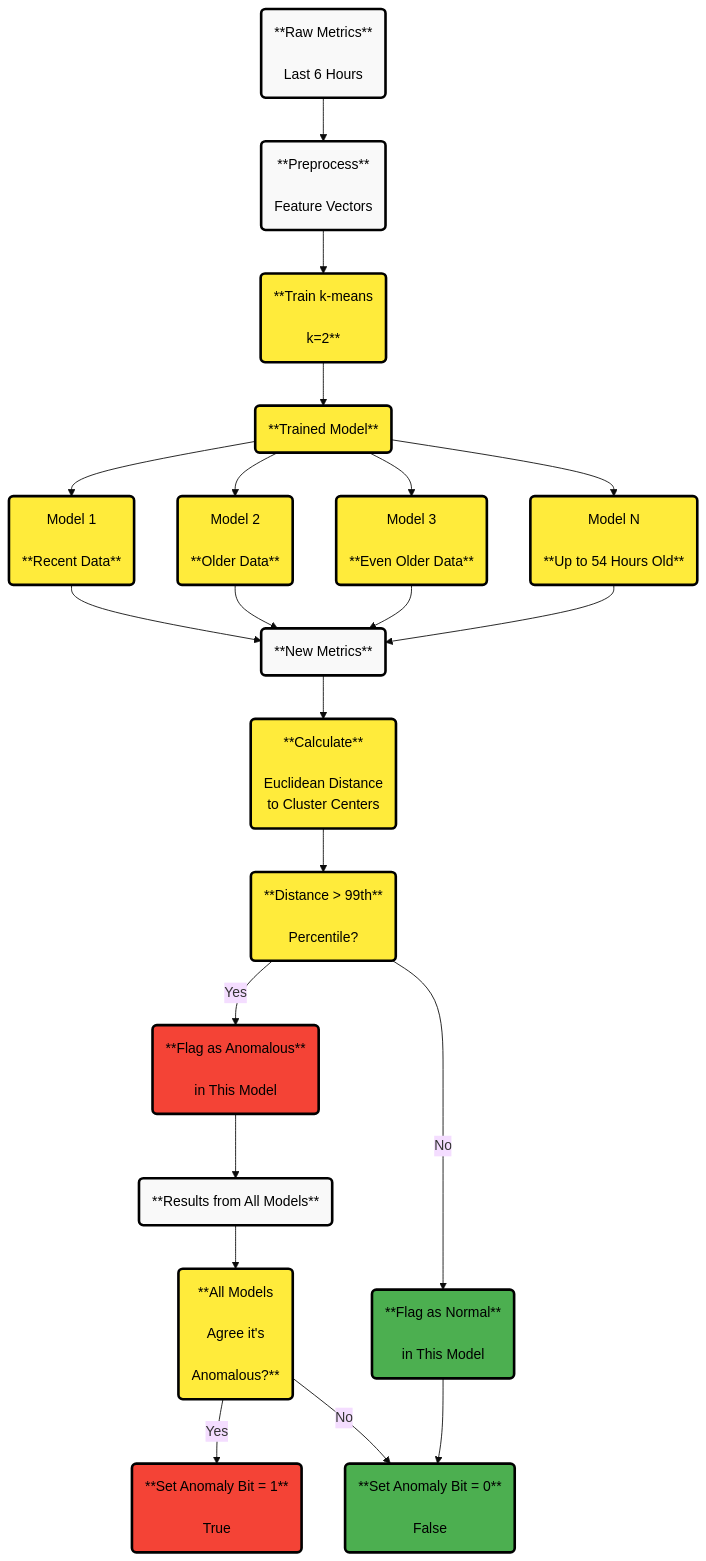
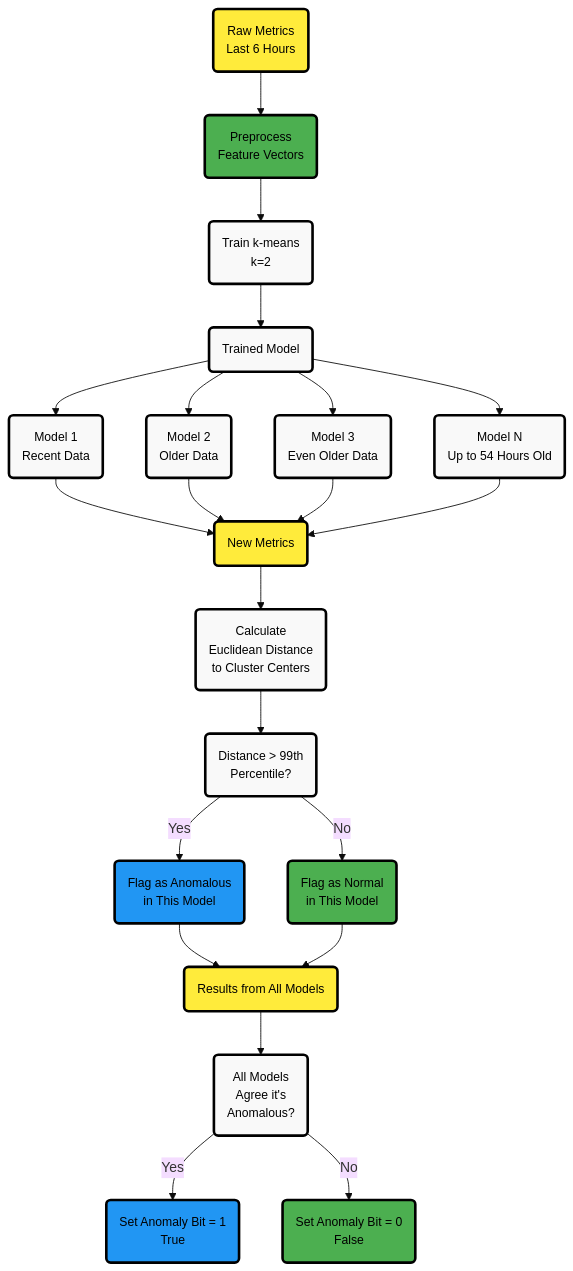
The diagram in docs/ml-ai/ml-anomaly-detection/ml-anomaly-detection.md (netdata/netdata), drawn with Mermaid (base theme) before and after one commit. The commit also changed 21 other files, not shown here.

Commit message:
Fix Mermaid diagrams across multiple files

````diff
--- a/docs/ml-ai/ml-anomaly-detection/ml-anomaly-detection.md
+++ b/docs/ml-ai/ml-anomaly-detection/ml-anomaly-detection.md
@@ -44,59 +44,59 @@
 ```mermaid
 flowchart TD
-    Raw("**Raw Metrics**<br/><br/>Last 6 Hours")
-    Preprocess("**Preprocess**<br/><br/>Feature Vectors")
-    Train("**Train k-means<br/><br/>k=2**")
-    Model("**Trained Model**")
+    Raw("Raw Metrics<br/>Last 6 Hours")
+    Preprocess("Preprocess<br/>Feature Vectors")
+    Train("Train k-means<br/>k=2")
+    Model("Trained Model")
     
-    M1("Model 1<br/><br/>**Recent Data**") 
-    M2("Model 2<br/><br/>**Older Data**")
-    M3("Model 3<br/><br/>**Even Older Data**")
-    MN("Model N<br/><br/>**Up to 54 Hours Old**")
+    M1("Model 1<br/>Recent Data") 
+    M2("Model 2<br/>Older Data")
+    M3("Model 3<br/>Even Older Data")
+    MN("Model N<br/>Up to 54 Hours Old")
     
-    NewData("**New Metrics**")
-    DistCalc("**Calculate**<br/><br/>Euclidean Distance<br/>to Cluster Centers")
-    Threshold("**Distance > 99th**<br/><br/>Percentile?")
-    FlagA("**Flag as Anomalous**<br/><br/>in This Model")
-    FlagN("**Flag as Normal**<br/><br/>in This Model")
+    NewData("New Metrics")
+    DistCalc("Calculate<br/>Euclidean Distance<br/>to Cluster Centers")
+    Threshold("Distance > 99th<br/>Percentile?")
+    FlagA("Flag as Anomalous<br/>in This Model")
+    FlagN("Flag as Normal<br/>in This Model")
     
-    AllResults("**Results from All Models**")
-    AllAgree("**All Models<br/><br/>Agree it's<br/><br/>Anomalous?**")
-    SetBit("**Set Anomaly Bit = 1**<br/><br/>True")
-    ClearBit("**Set Anomaly Bit = 0**<br/><br/>False")
+    AllResults("Results from All Models")
+    AllAgree("All Models<br/>Agree it's<br/>Anomalous?")
+    SetBit("Set Anomaly Bit = 1<br/>True")
+    ClearBit("Set Anomaly Bit = 0<br/>False")
     
     Raw --> Preprocess
     Preprocess --> Train
     Train --> Model
     Model --> M1
     Model --> M2
     Model --> M3
     Model --> MN
     
     M1 --> NewData
     M2 --> NewData
     M3 --> NewData
     MN --> NewData
     
     NewData --> DistCalc
     DistCalc --> Threshold
-    Threshold -->|Yes| FlagA
-    Threshold -->|No| FlagN
+    Threshold -->|"Yes"| FlagA
+    Threshold -->|"No"| FlagN
     
     FlagA --> AllResults
-    FlagN --> ClearBit
+    FlagN --> AllResults
     AllResults --> AllAgree
-    AllAgree -->|Yes| SetBit
-    AllAgree -->|No| ClearBit
+    AllAgree -->|"Yes"| SetBit
+    AllAgree -->|"No"| ClearBit
     
     %% Style definitions
-    classDef neutral fill:#f9f9f9,stroke:#000000,stroke-width:3px,color:#000000,font-size:16px
-    classDef process fill:#ffeb3b,stroke:#000000,stroke-width:3px,color:#000000,font-size:16px
-    classDef complete fill:#4caf50,stroke:#000000,stroke-width:3px,color:#000000,font-size:16px
-    classDef anomaly fill:#f44336,stroke:#000000,stroke-width:3px,color:#000000,font-size:16px
-    
+    classDef alert fill:#ffeb3b,stroke:#000000,stroke-width:3px,color:#000000,font-size:14px
+    classDef neutral fill:#f9f9f9,stroke:#000000,stroke-width:3px,color:#000000,font-size:14px
+    classDef complete fill:#4caf50,stroke:#000000,stroke-width:3px,color:#000000,font-size:14px
+    classDef database fill:#2196F3,stroke:#000000,stroke-width:3px,color:#000000,font-size:14px
+
     %% Apply styles
-    class Raw,Preprocess,NewData,AllResults neutral
-    class Train,Model,M1,M2,M3,MN,DistCalc,Threshold,AllAgree process
-    class FlagN,ClearBit complete
-    class FlagA,SetBit anomaly
+    class Raw,NewData,AllResults alert
+    class Train,Model,M1,M2,M3,MN,DistCalc,Threshold,AllAgree neutral
+    class Preprocess,FlagN,ClearBit complete
+    class FlagA,SetBit database
 ```
````
